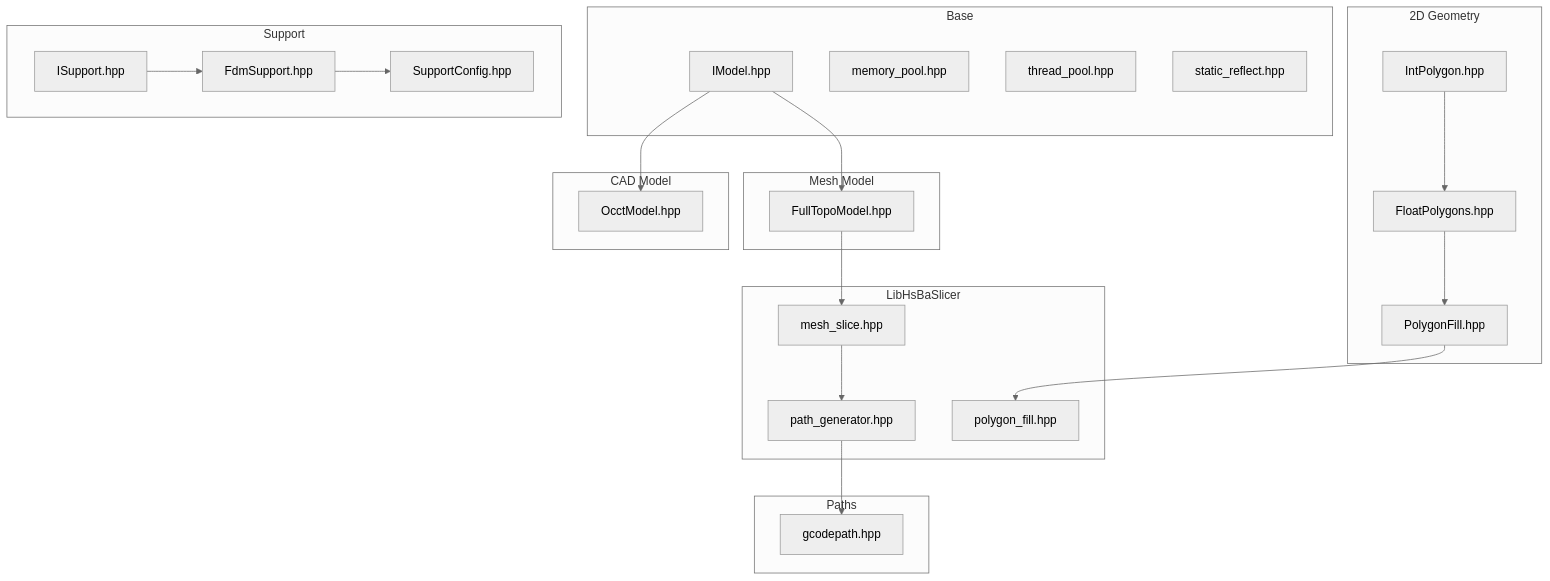
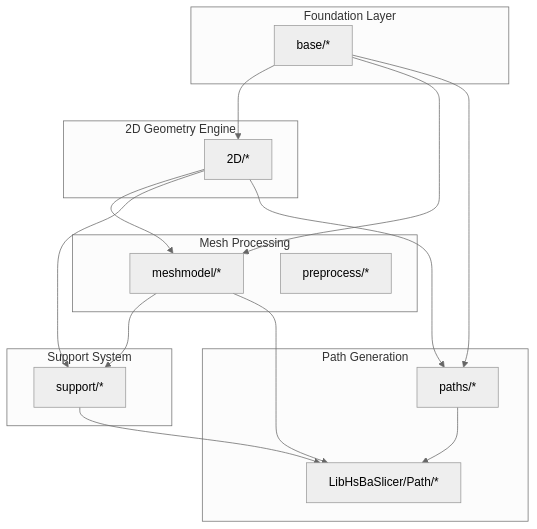
One commit to hsmbanlance/HsBaSlicer changed the first of 8 diagrams in .qoder/repowiki/en/content/Core Modules/Core Modules.md. Above: the diagram before and after it, drawn with Mermaid (neutral theme). The commit also changed other lines of this file and 1095 other files, not shown here.

````diff
--- a/.qoder/repowiki/en/content/Core Modules/Core Modules.md
+++ b/.qoder/repowiki/en/content/Core Modules/Core Modules.md
@@ -48,43 +46,30 @@
 ```mermaid
 graph TB
-subgraph "Base"
-IModel["IModel.hpp"]
-MemPool["memory_pool.hpp"]
-ThrdPool["thread_pool.hpp"]
-Reflect["static_reflect.hpp"]
+subgraph "Foundation Layer"
+Base["base/*"]
 end
-subgraph "2D Geometry"
-IntPoly["IntPolygon.hpp"]
-FloatPoly["FloatPolygons.hpp"]
-PolyFill["PolygonFill.hpp"]
+subgraph "2D Geometry Engine"
+D2["2D/*"]
 end
-subgraph "Mesh Model"
-Topo["FullTopoModel.hpp"]
+subgraph "Mesh Processing"
+Mesh["meshmodel/*"]
+Pre["preprocess/*"]
 end
-subgraph "CAD Model"
-Occt["OcctModel.hpp"]
+subgraph "Support System"
+Sup["support/*"]
 end
-subgraph "LibHsBaSlicer"
-SliceAPI["mesh_slice.hpp"]
-PathGen["path_generator.hpp"]
-FillAPI["polygon_fill.hpp"]
+subgraph "Path Generation"
+Paths["paths/*"]
+LPath["LibHsBaSlicer/Path/*"]
 end
-subgraph "Paths"
-GCode["gcodepath.hpp"]
-end
-subgraph "Support"
-ISupp["ISupport.hpp"]
-FdmSupp["FdmSupport.hpp"]
-SuppCfg["SupportConfig.hpp"]
-end
-IModel --> Topo
-IModel --> Occt
-IntPoly --> FloatPoly
-FloatPoly --> PolyFill
-Topo --> SliceAPI
-SliceAPI --> PathGen
-PathGen --> GCode
-PolyFill --> FillAPI
-ISupp --> FdmSupp
-FdmSupp --> SuppCfg
+Base --> D2
+Base --> Mesh
+Base --> Paths
+D2 --> Mesh
+D2 --> Sup
+D2 --> Paths
+Mesh --> Sup
+Mesh --> LPath
+Sup --> LPath
+Paths --> LPath
 ```
````
